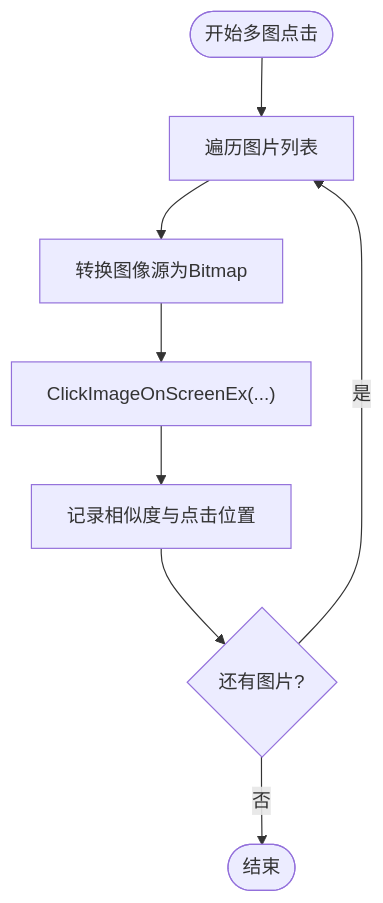
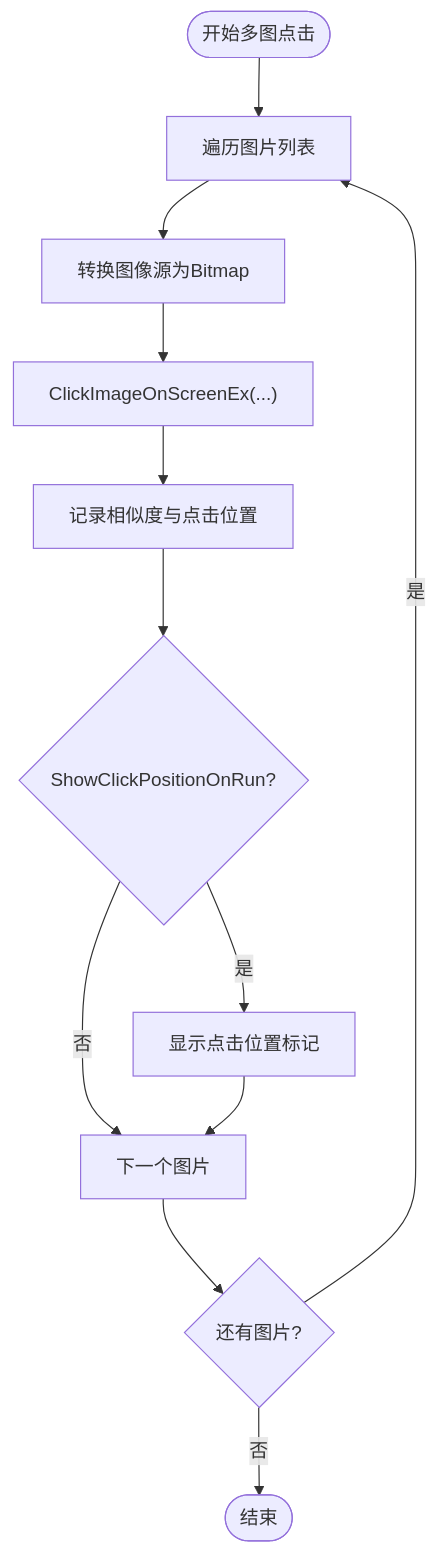
One commit to yooxii/ShaoLuAuto changed the ninth of 11 diagrams in .qoder/repowiki/zh/content/图像识别引擎/图像识别引擎.md. Above: the diagram before and after it, drawn with Mermaid. The commit also changed other lines of this file and 45 other files, not shown here.

````diff
--- a/.qoder/repowiki/zh/content/图像识别引擎/图像识别引擎.md
+++ b/.qoder/repowiki/zh/content/图像识别引擎/图像识别引擎.md
@@ -244,10 +394,14 @@
 ```mermaid
 flowchart TD
 Start(["开始多图点击"]) --> ForEach["遍历图片列表"]
 ForEach --> Convert["转换图像源为Bitmap"]
 Convert --> ClickEx["ClickImageOnScreenEx(...)"]
 ClickEx --> Record["记录相似度与点击位置"]
-Record --> Next{"还有图片?"}
-Next --> |是| ForEach
-Next --> |否| End(["结束"])
+Record --> CheckDebug{"ShowClickPositionOnRun?"}
+CheckDebug --> |是| ShowClick["显示点击位置标记"]
+CheckDebug --> |否| Next["下一个图片"]
+ShowClick --> Next
+Next --> NextCheck{"还有图片?"}
+NextCheck --> |是| ForEach
+NextCheck --> |否| End(["结束"])
 ```
````
